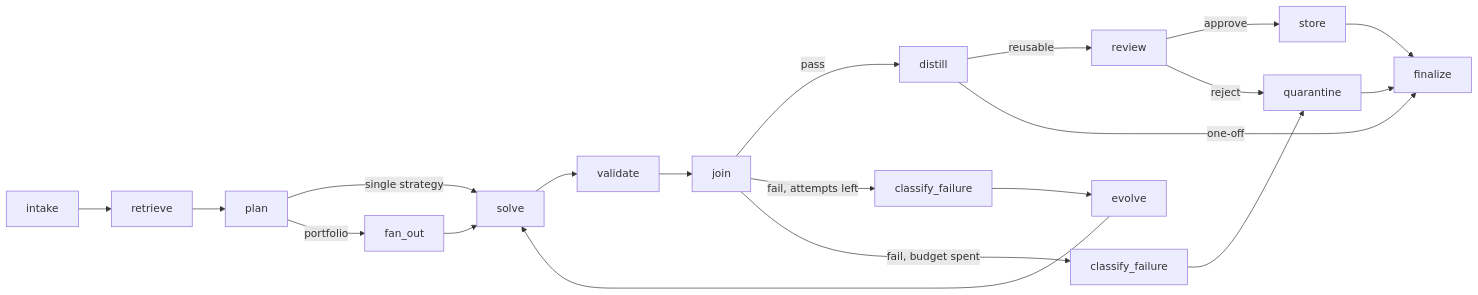
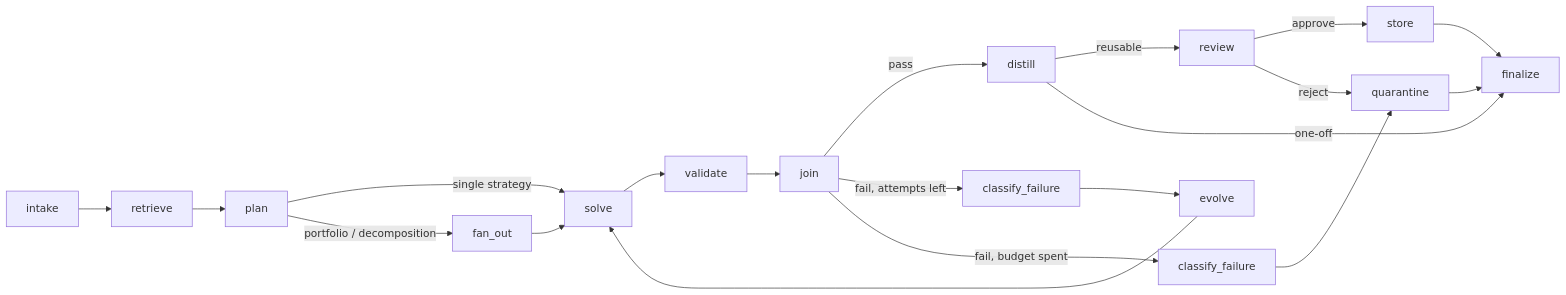
One commit to quantrobs/recertia changed the second of 5 diagrams in docs/architecture.md. Above: the diagram before and after it, drawn with Mermaid. The commit also changed other lines of this file and 5 other files, not shown here.

````diff
--- a/docs/architecture.md
+++ b/docs/architecture.md
@@ -142,22 +142,22 @@
 ```mermaid
 flowchart LR
     IN[intake] --> RET[retrieve]
     RET --> PLAN[plan]
     PLAN -->|single strategy| SOLVE[solve]
-    PLAN -->|portfolio| FAN[fan_out]
+    PLAN -->|"portfolio / decomposition"| FAN[fan_out]
     FAN --> SOLVE
     SOLVE --> VAL[validate]
     VAL --> JOIN[join]
     JOIN -->|pass| DIST[distill]
     JOIN -->|"fail, attempts left"| CLASS[classify_failure]
     CLASS --> EVO[evolve]
     EVO --> SOLVE
     JOIN -->|"fail, budget spent"| CLASS2[classify_failure]
     CLASS2 --> QUAR[quarantine]
     DIST -->|reusable| REV[review]
     DIST -->|one-off| DONE[finalize]
     REV -->|approve| STORE[store]
     REV -->|reject| QUAR
     STORE --> DONE
     QUAR --> DONE
 ```
````
